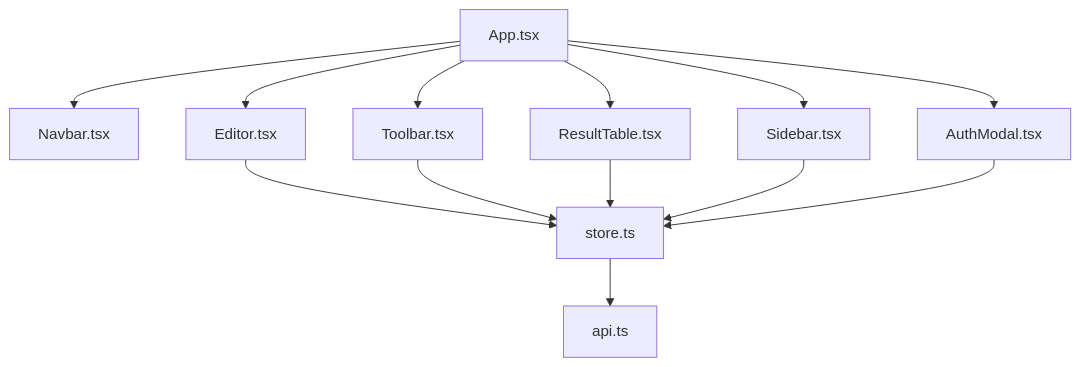
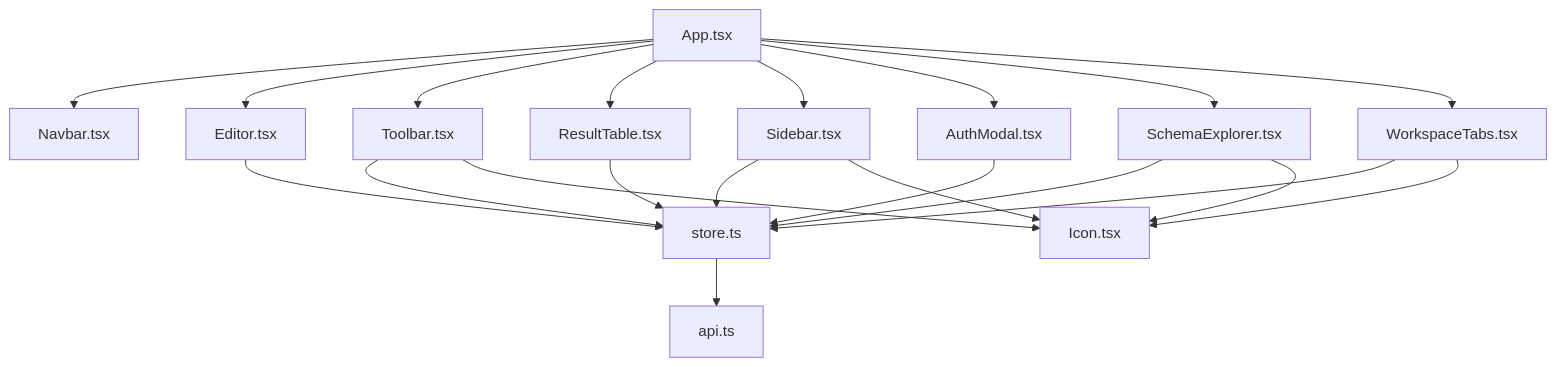
Before and after one commit to sutanto1010/crablite: the first of 9 diagrams in .qoder/repowiki/en/content/Frontend Development/Core Components.md, drawn with Mermaid. The commit also changed other lines of this file and 25 other files, not shown here.

First line of the commit message:
feat(metadata): add comprehensive database schema and internals API endpoints

````diff
--- a/.qoder/repowiki/en/content/Frontend Development/Core Components.md
+++ b/.qoder/repowiki/en/content/Frontend Development/Core Components.md
@@ -34,15 +46,23 @@
 ```mermaid
 graph TB
 App["App.tsx"] --> Navbar["Navbar.tsx"]
 App --> Editor["Editor.tsx"]
 App --> Toolbar["Toolbar.tsx"]
 App --> ResultTable["ResultTable.tsx"]
 App --> Sidebar["Sidebar.tsx"]
 App --> AuthModal["AuthModal.tsx"]
+App --> SchemaExplorer["SchemaExplorer.tsx"]
+App --> WorkspaceTabs["WorkspaceTabs.tsx"]
 Editor --> Store["store.ts"]
 Toolbar --> Store
 ResultTable --> Store
 Sidebar --> Store
 AuthModal --> Store
+SchemaExplorer --> Store
+WorkspaceTabs --> Store
 Store --> Api["api.ts"]
+Sidebar --> Icon["Icon.tsx"]
+Toolbar --> Icon
+SchemaExplorer --> Icon
+WorkspaceTabs --> Icon
 ```
````
